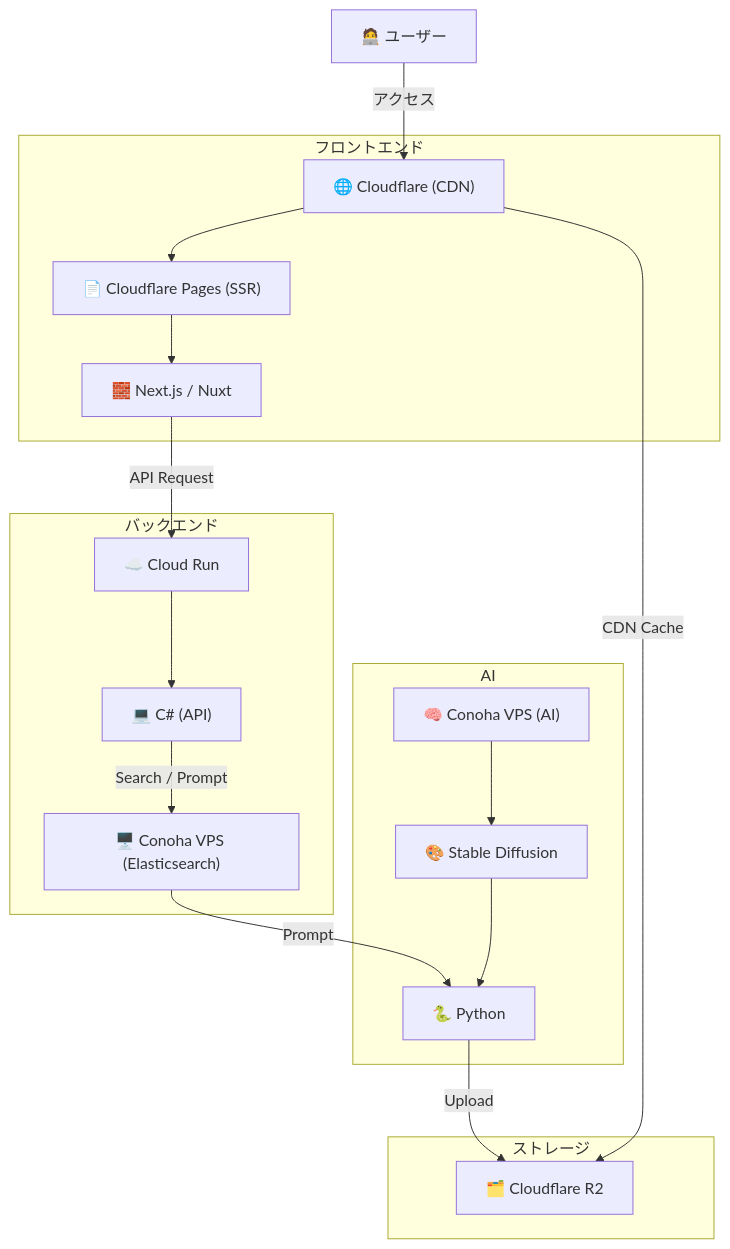
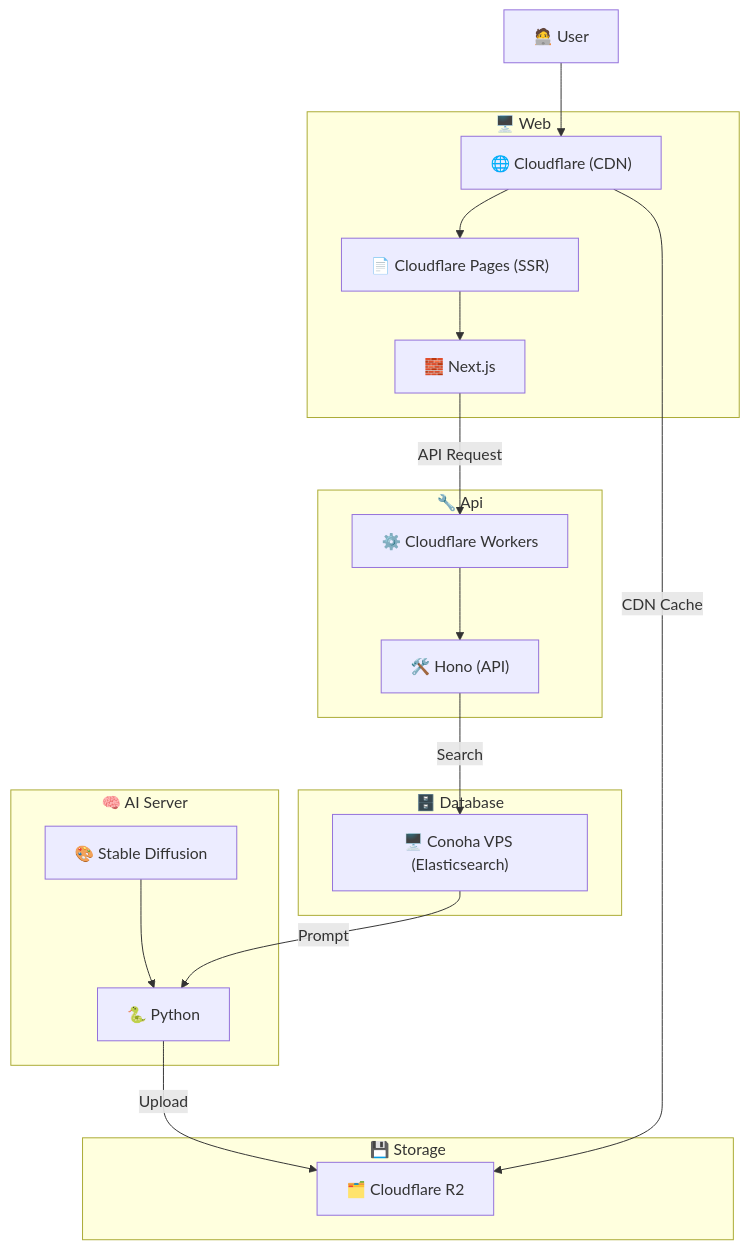
Before and after one commit to LAHYL/concept: the diagram in README.md, drawn with Mermaid.

Commit message:
アーキテクチャ図をアップデート

````diff
--- a/README.md
+++ b/README.md
@@ -14,47 +14,49 @@
 ```mermaid
 graph TD
 
   %% ==== User ====
-  User["🧑‍💻 ユーザー"]
-  User -->|アクセス| CF
+  User["🧑‍💻 User"]
+  User --> CF
 
   %% ==== Frontend ====
-  subgraph フロントエンド
+  subgraph "🖥️ Web"
     CF["🌐 Cloudflare (CDN)"]
     Pages["📄 Cloudflare Pages (SSR)"]
-    Framework["🧱 Next.js / Nuxt"]
+    Framework["🧱 Next.js"]
     CF --> Pages
     Pages --> Framework
   end
 
   %% ==== Backend ====
-  subgraph バックエンド
-    CloudRun["☁️ Cloud Run"]
-    CSharp["💻 C# (API)"]
-    Framework -->|API Request| CloudRun
-    CloudRun --> CSharp
-    CSharp -->|"Search / Prompt"| ESNode
+  subgraph "🔧 Api"
+    Workers["⚙️ Cloudflare Workers"]
+    Hono["🛠️ Hono (API)"]
+    Framework -->|API Request| Workers
+    Workers --> Hono
   end
 
-  %% ==== Elasticsearch on VPS ====
-  ESNode["🖥️ Conoha VPS (Elasticsearch)"]
+  %% ==== DB ====
+  subgraph "🗄️ Database"
+    ESNode["🖥️ Conoha VPS (Elasticsearch)"]
+  end
+
+  Hono -->|"Search"| ESNode
 
   %% ==== Storage ====
-  subgraph ストレージ
+  subgraph "💾 Storage"
     R2["🗂️ Cloudflare R2"]
   end
 
   %% ==== AI ====
-  subgraph AI
-    ConohaAI["🧠 Conoha VPS (AI)"]
+  subgraph "🧠 AI Server"
     SD["🎨 Stable Diffusion"]
     Python["🐍 Python"]
-    ESNode -->|Prompt| Python
-    ConohaAI --> SD
     SD --> Python
-    Python -->|Upload| R2
   end
+
+  ESNode -->|Prompt| Python
+  Python -->|Upload| R2
 
   %% CDN - R2 Cache
   CF -->|CDN Cache| R2
 ```
````
